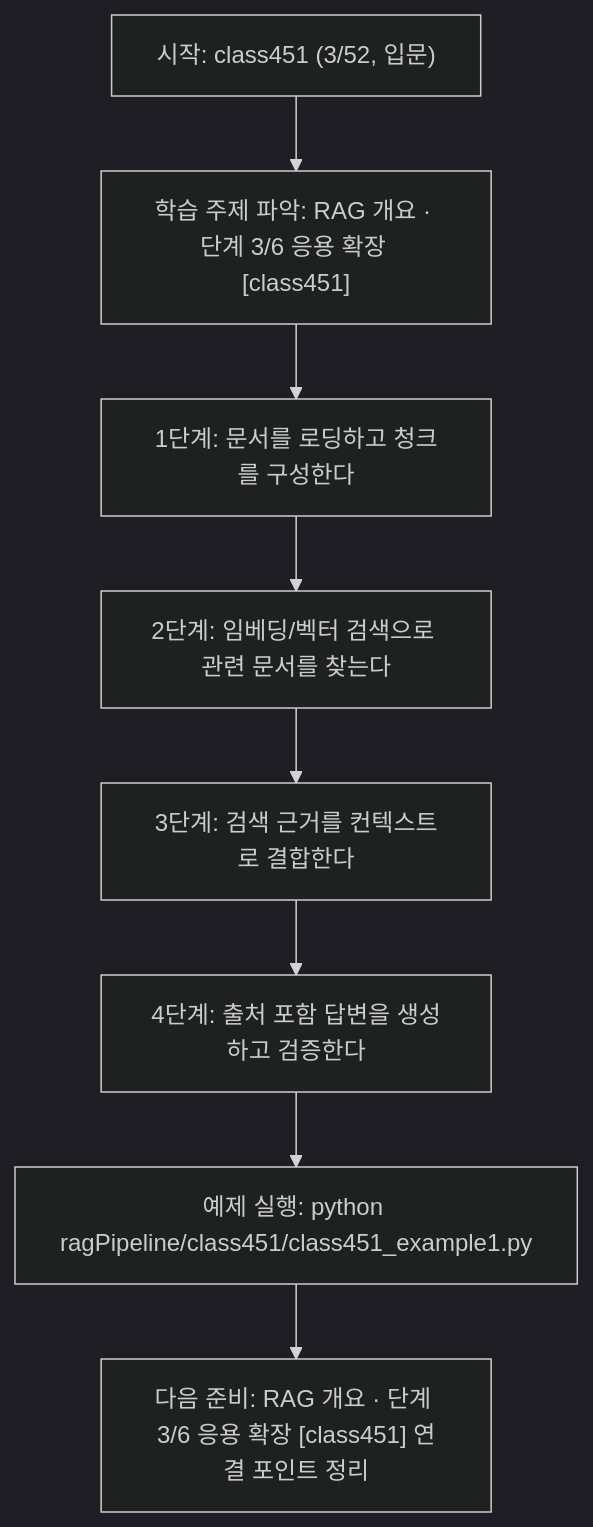
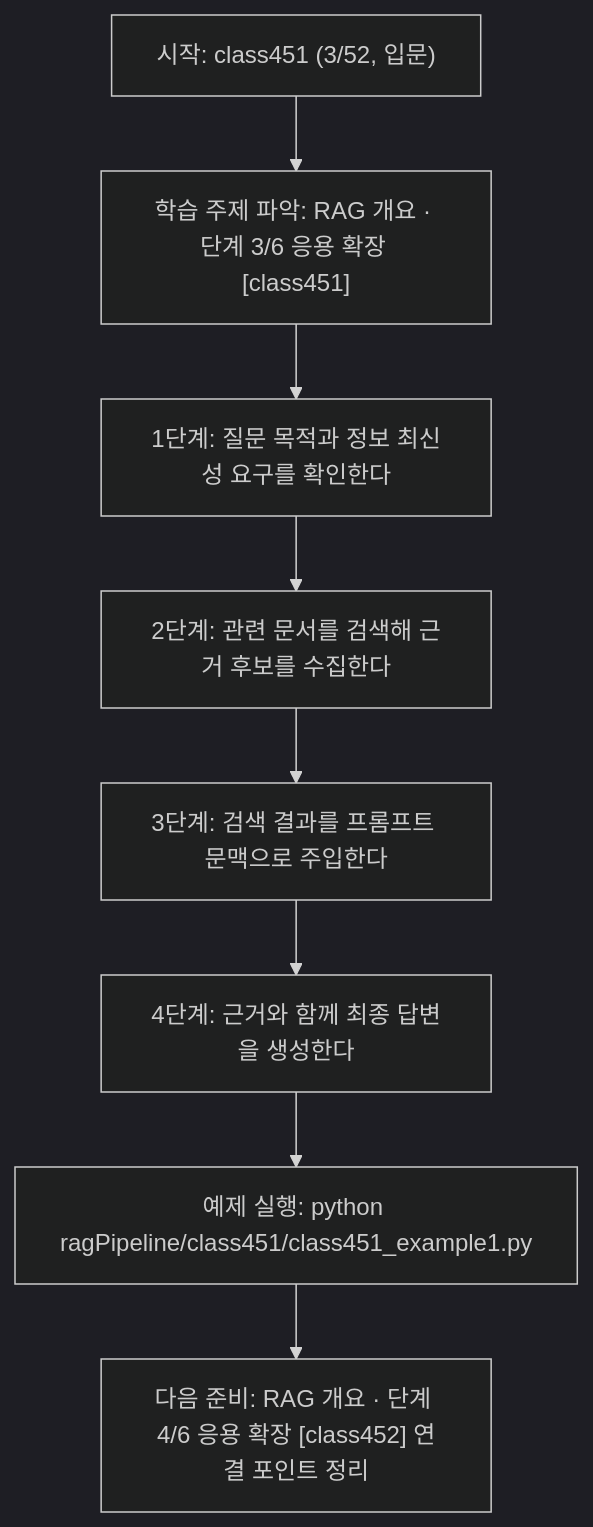
Before and after one commit to edumgt/Python-AI_Agent-Class: the diagram in ragPipeline/class451/class451.md, drawn with Mermaid (dark theme). The commit also changed other lines of this file and 367 other files, not shown here.

````diff
--- a/ragPipeline/class451/class451.md
+++ b/ragPipeline/class451/class451.md
@@ -110,18 +92,18 @@
 ```mermaid
 flowchart TD
 N1["시작: class451 (3/52, 입문)"]
 N2["학습 주제 파악: RAG 개요 · 단계 3/6 응용 확장 [class451]"]
-N3["1단계: 문서를 로딩하고 청크를 구성한다"]
-N4["2단계: 임베딩/벡터 검색으로 관련 문서를 찾는다"]
-N5["3단계: 검색 근거를 컨텍스트로 결합한다"]
-N6["4단계: 출처 포함 답변을 생성하고 검증한다"]
+N3["1단계: 질문 목적과 정보 최신성 요구를 확인한다"]
+N4["2단계: 관련 문서를 검색해 근거 후보를 수집한다"]
+N5["3단계: 검색 결과를 프롬프트 문맥으로 주입한다"]
+N6["4단계: 근거와 함께 최종 답변을 생성한다"]
 N7["예제 실행: python ragPipeline/class451/class451_example1.py"]
-N8["다음 준비: RAG 개요 · 단계 3/6 응용 확장 [class451] 연결 포인트 정리"]
+N8["다음 준비: RAG 개요 · 단계 4/6 응용 확장 [class452] 연결 포인트 정리"]
 N1 --> N2
 N2 --> N3
 N3 --> N4
 N4 --> N5
 N5 --> N6
 N6 --> N7
 N7 --> N8
 ```
````
